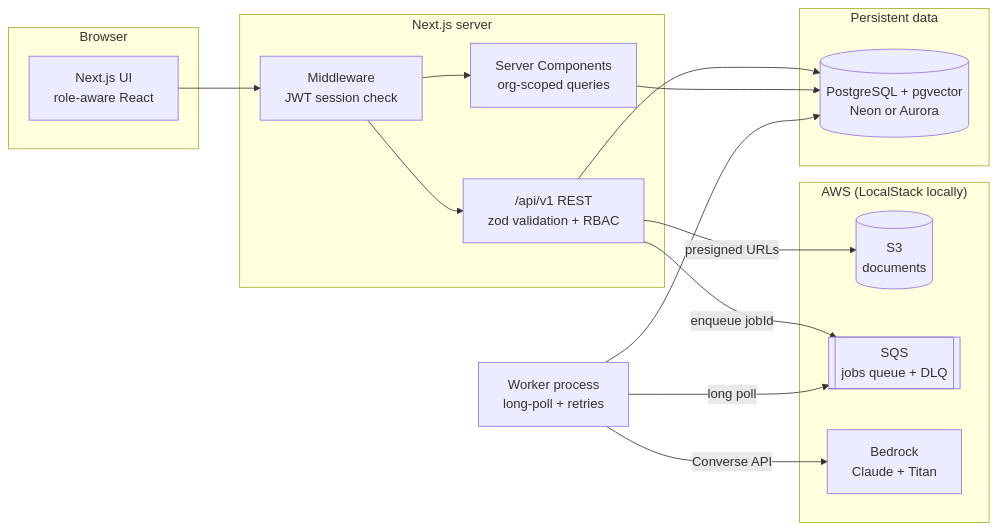
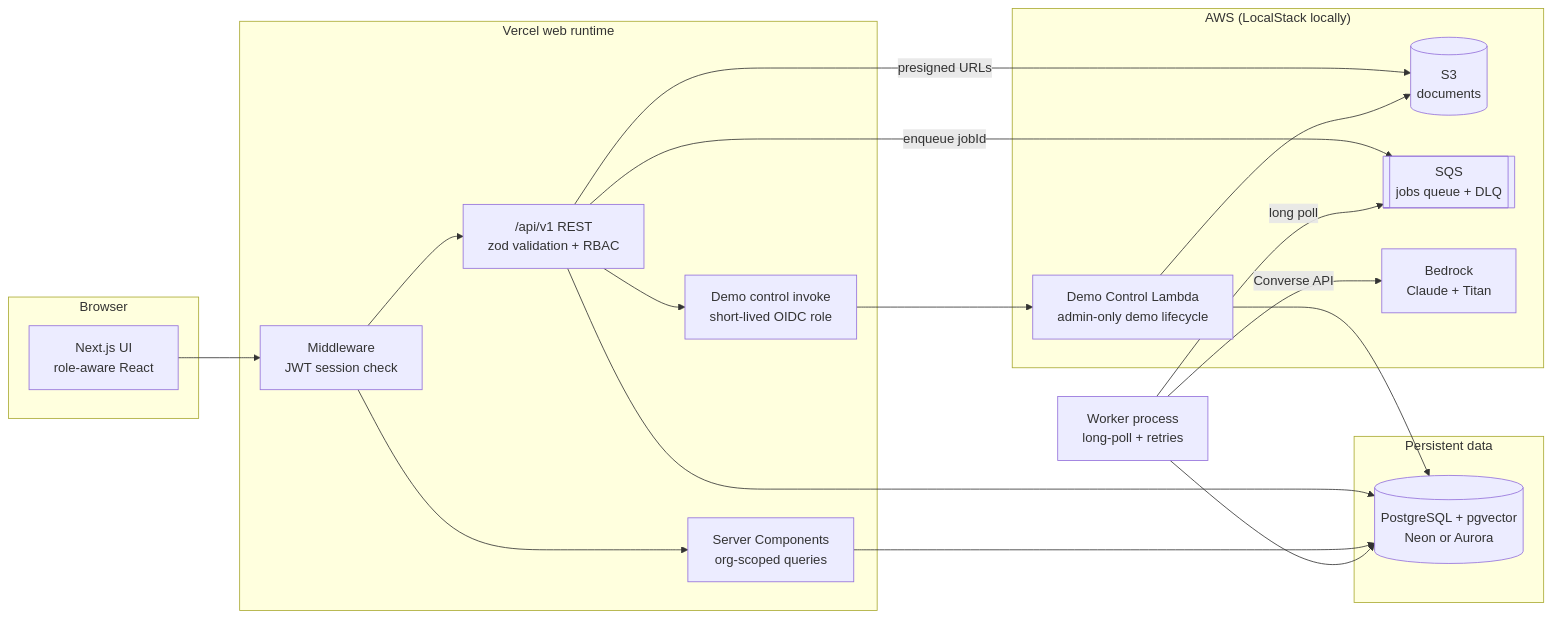
One commit to BMcCarthy96/enterprise-ai-implementation-workbench changed the first of 3 diagrams in README.md. Above: the diagram before and after it, drawn with Mermaid. The commit also changed other lines of this file and 25 other files, not shown here.

````diff
--- a/README.md
+++ b/README.md
@@ -75,30 +89,35 @@
 ```mermaid
 flowchart LR
     subgraph Browser
       UI[Next.js UI<br/>role-aware React]
     end
-    subgraph "Next.js server"
+    subgraph "Vercel web runtime"
       MW[Middleware<br/>JWT session check]
       API["/api/v1 REST<br/>zod validation + RBAC"]
       SC[Server Components<br/>org-scoped queries]
+      DC[Demo control invoke<br/>short-lived OIDC role]
     end
     subgraph "Persistent data"
       PG[(PostgreSQL + pgvector<br/>Neon or Aurora)]
     end
     subgraph "AWS (LocalStack locally)"
       S3[(S3<br/>documents)]
       SQS[[SQS<br/>jobs queue + DLQ]]
       BR[Bedrock<br/>Claude + Titan]
+      DCL[Demo Control Lambda<br/>admin-only demo lifecycle]
     end
     W[Worker process<br/>long-poll + retries]
 
     UI --> MW --> API
     MW --> SC
     API --> PG
     SC --> PG
     API -- presigned URLs --> S3
     API -- enqueue jobId --> SQS
+    API --> DC --> DCL
+    DCL --> PG
+    DCL --> S3
     W -- long poll --> SQS
     W --> PG
     W -- Converse API --> BR
 ```
````
